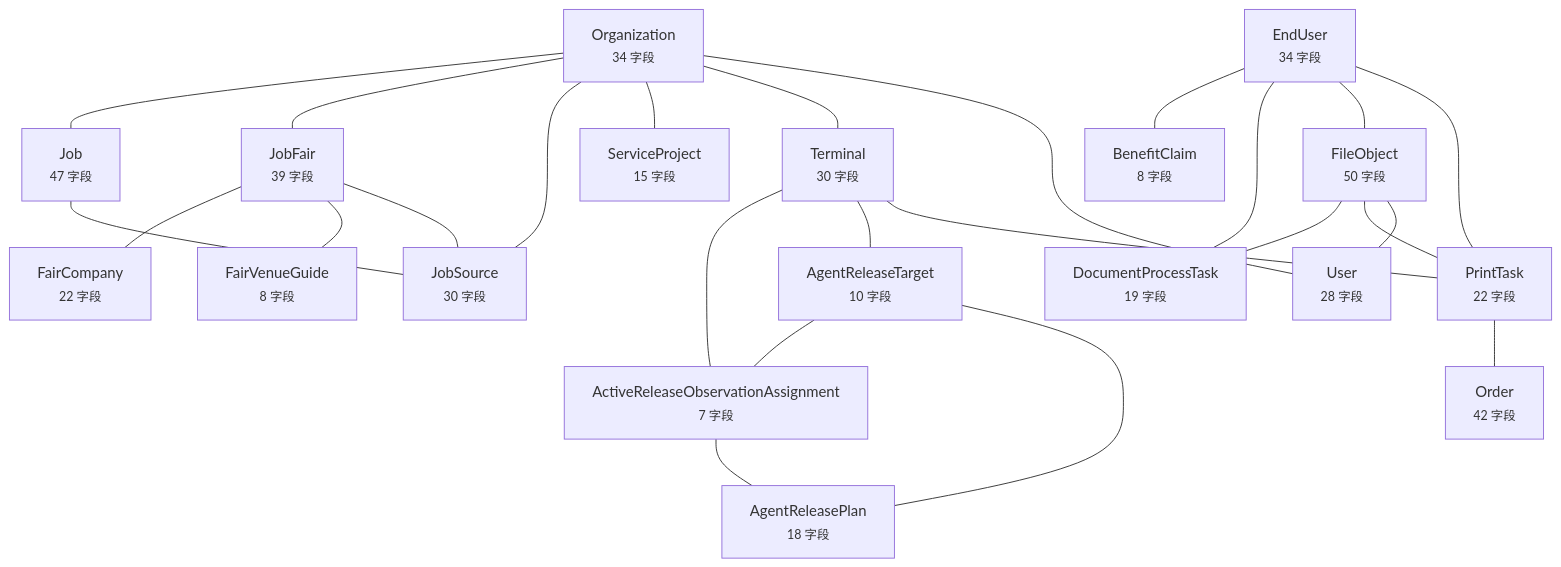
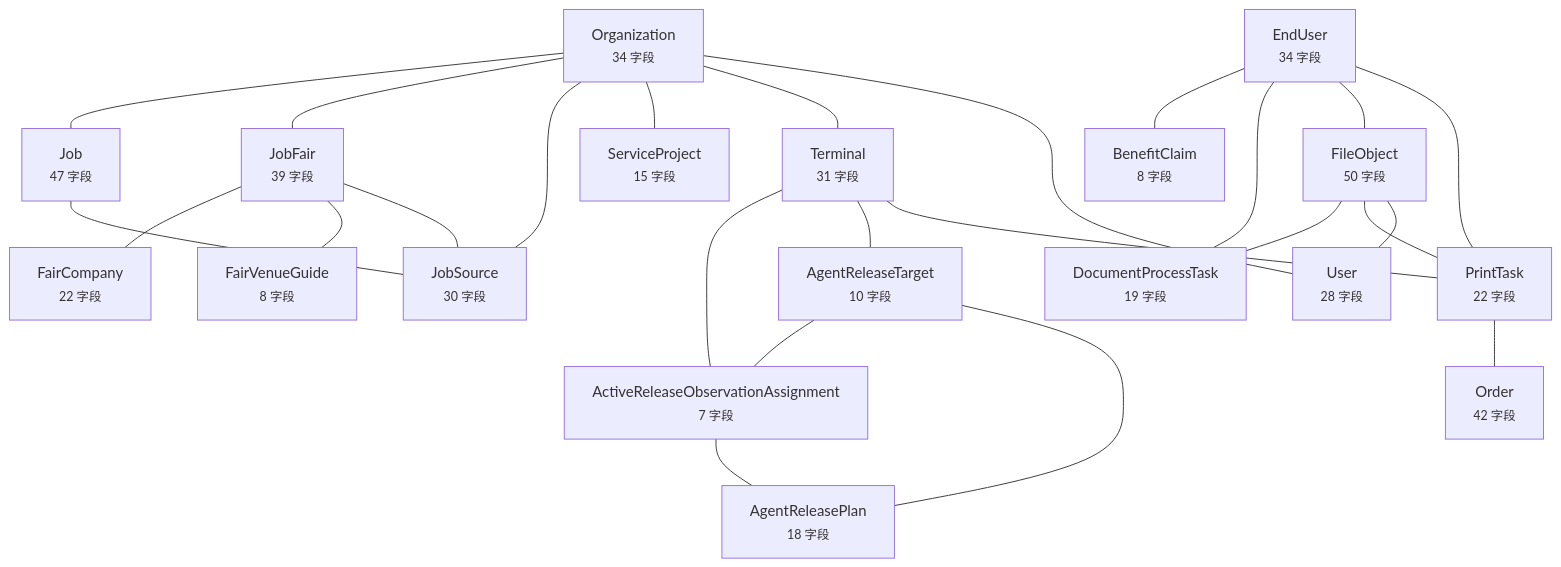
The diagram in docs/graph/data-model.md (wanglei581/YITIJI), drawn with Mermaid before and after one commit. The commit also changed other lines of this file and 4 other files, not shown here.

Commit message:
docs(graph): 并 main 后重出图谱

````diff
--- a/docs/graph/data-model.md
+++ b/docs/graph/data-model.md
@@ -10,45 +10,45 @@
 ```mermaid
 flowchart TD
   EndUser["EndUser<br/><small>34 字段</small>"]
   Organization["Organization<br/><small>34 字段</small>"]
-  Terminal["Terminal<br/><small>30 字段</small>"]
+  Terminal["Terminal<br/><small>31 字段</small>"]
   FileObject["FileObject<br/><small>50 字段</small>"]
   Job["Job<br/><small>47 字段</small>"]
   JobFair["JobFair<br/><small>39 字段</small>"]
   JobSource["JobSource<br/><small>30 字段</small>"]
   User["User<br/><small>28 字段</small>"]
   PrintTask["PrintTask<br/><small>22 字段</small>"]
   AgentReleaseTarget["AgentReleaseTarget<br/><small>10 字段</small>"]
   Order["Order<br/><small>42 字段</small>"]
   ServiceProject["ServiceProject<br/><small>15 字段</small>"]
   ActiveReleaseObservationAssignment["ActiveReleaseObservationAssignment<br/><small>7 字段</small>"]
   AgentReleasePlan["AgentReleasePlan<br/><small>18 字段</small>"]
   BenefitClaim["BenefitClaim<br/><small>8 字段</small>"]
   DocumentProcessTask["DocumentProcessTask<br/><small>19 字段</small>"]
   FairCompany["FairCompany<br/><small>22 字段</small>"]
   FairVenueGuide["FairVenueGuide<br/><small>8 字段</small>"]
   EndUser --- BenefitClaim
   EndUser --- DocumentProcessTask
   EndUser --- FileObject
   EndUser --- PrintTask
   Organization --- Job
   Organization --- JobFair
   Organization --- JobSource
   Organization --- ServiceProject
   Organization --- Terminal
   Organization --- User
   Terminal --- ActiveReleaseObservationAssignment
   Terminal --- AgentReleaseTarget
   Terminal --- PrintTask
   FileObject --- DocumentProcessTask
   FileObject --- PrintTask
   FileObject --- User
   Job --- JobSource
   JobFair --- FairCompany
   JobFair --- FairVenueGuide
   JobFair --- JobSource
   PrintTask --- Order
   AgentReleaseTarget --- ActiveReleaseObservationAssignment
   AgentReleaseTarget --- AgentReleasePlan
   ActiveReleaseObservationAssignment --- AgentReleasePlan
 ```
````
